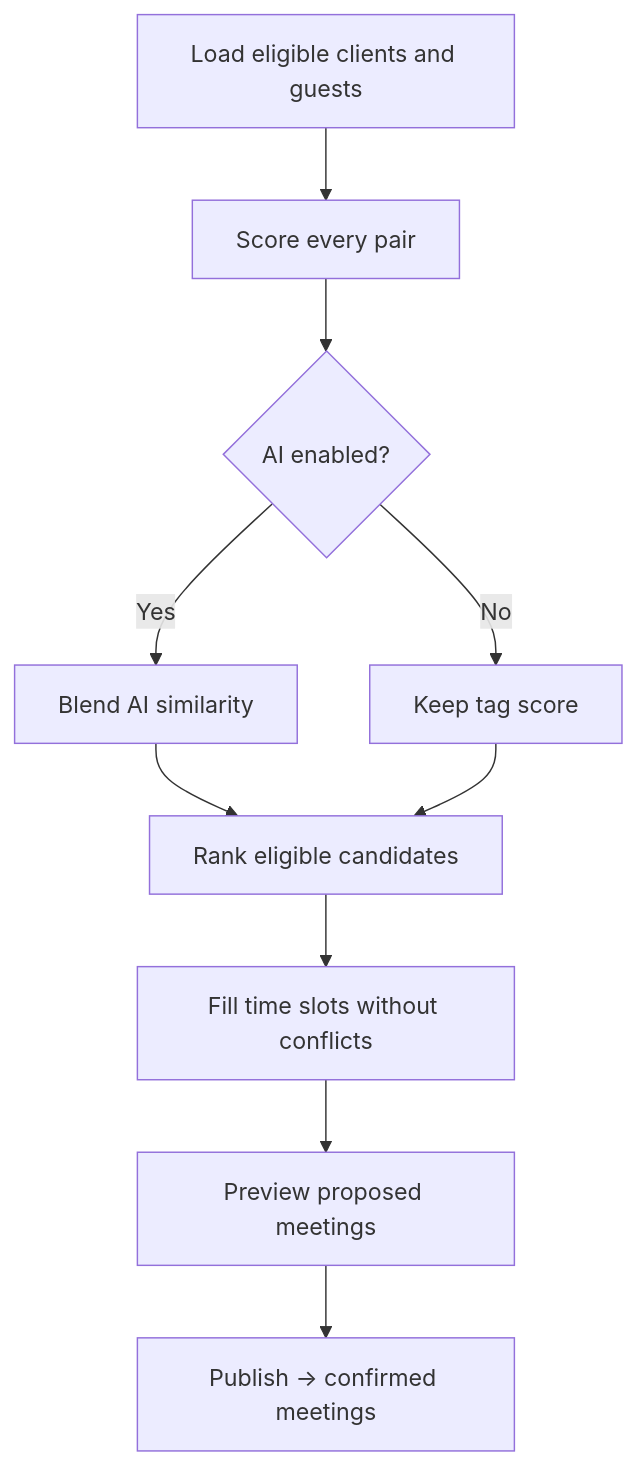
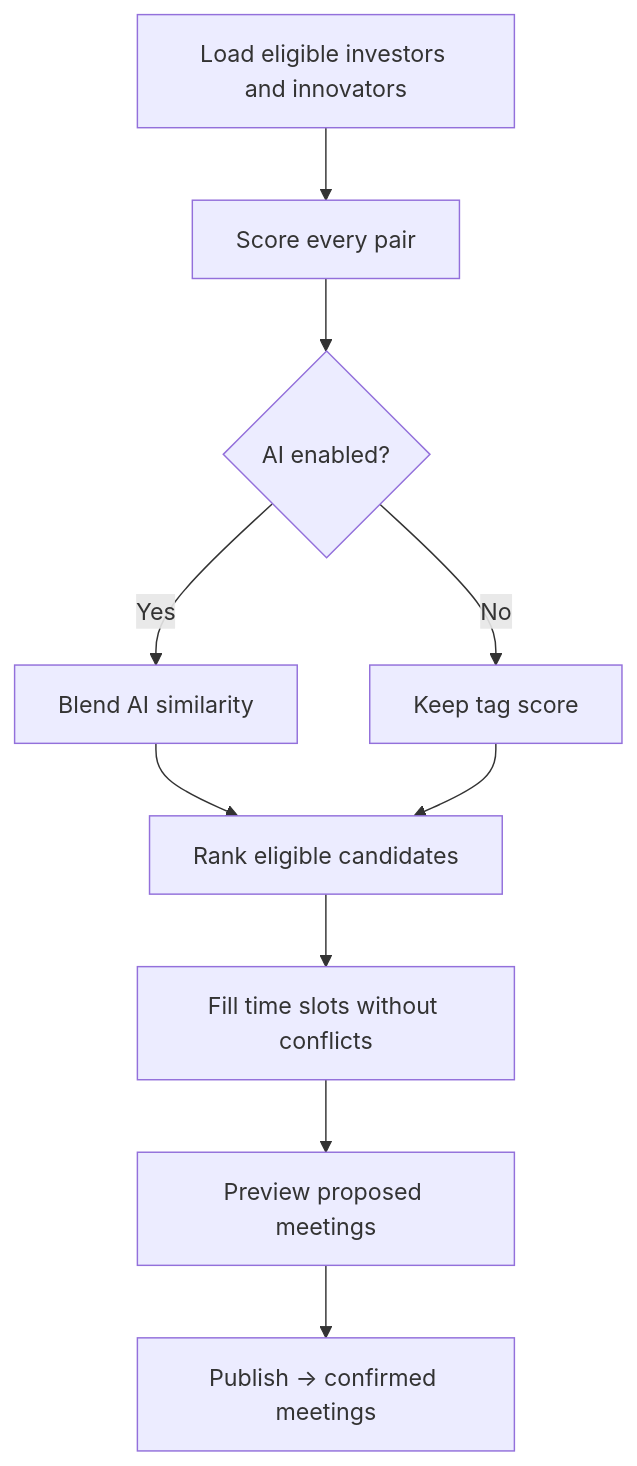
The fourth of 5 diagrams in docs/SYSTEM_FLOWS.md (yashbanerjee/event-matchmaking), drawn with Mermaid before and after one commit. The commit also changed other lines of this file and 126 other files, not shown here.

````diff
--- a/docs/SYSTEM_FLOWS.md
+++ b/docs/SYSTEM_FLOWS.md
@@ -364,12 +364,12 @@
 ```mermaid
 flowchart TD
-  A[Load eligible clients and guests] --> B[Score every pair]
+  A[Load eligible investors and innovators] --> B[Score every pair]
   B --> C{AI enabled?}
   C -->|Yes| D[Blend AI similarity]
   C -->|No| E[Keep tag score]
   D --> F[Rank eligible candidates]
   E --> F
   F --> G[Fill time slots without conflicts]
   G --> H[Preview proposed meetings]
   H --> I[Publish → confirmed meetings]
 ```
````
